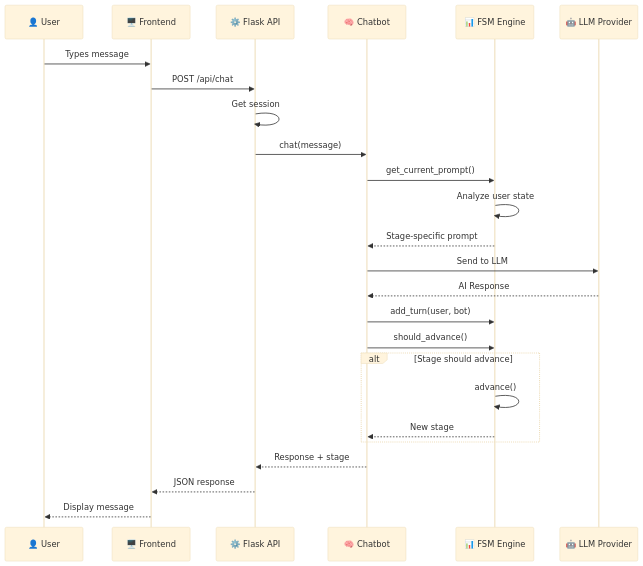
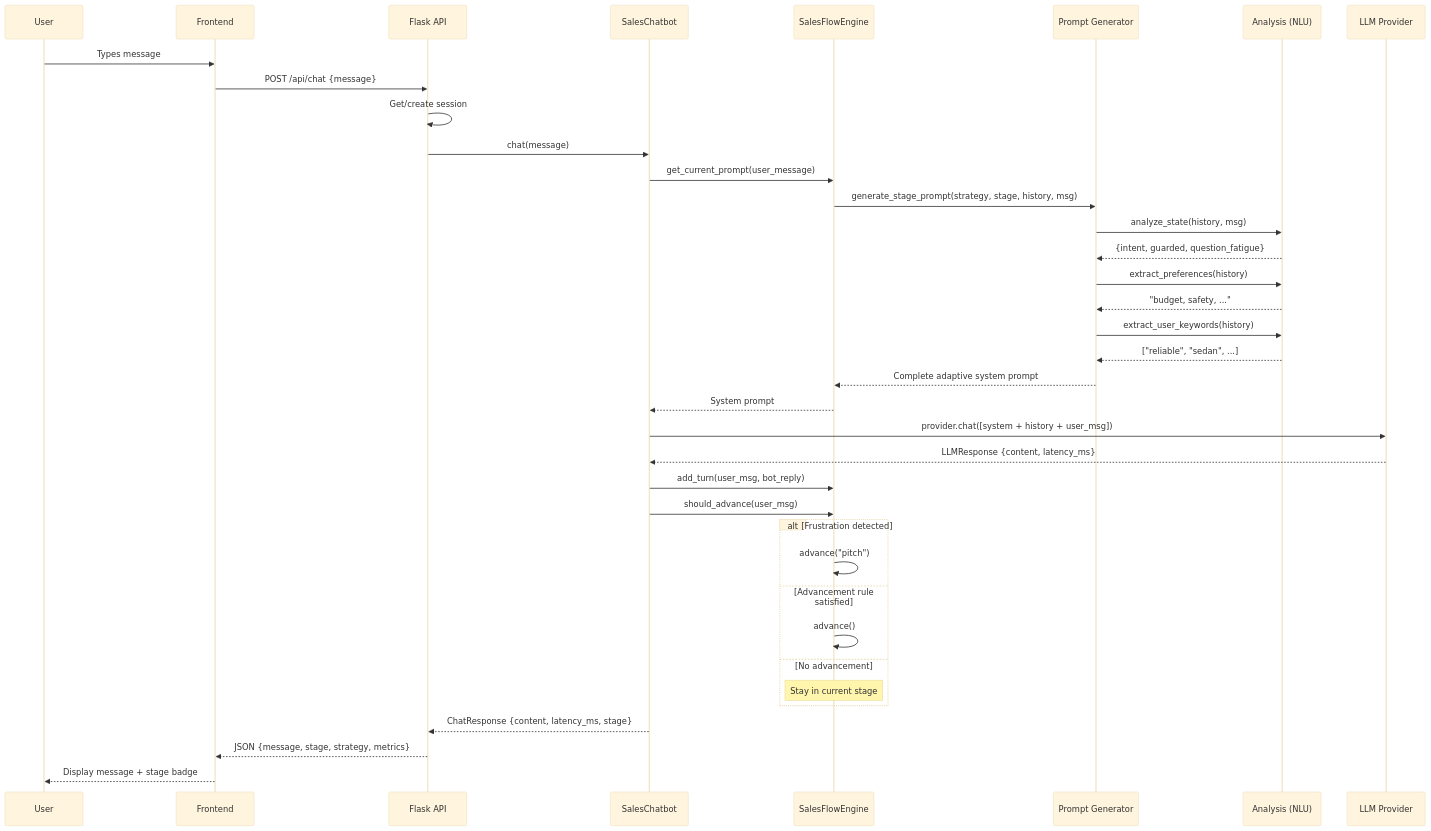
The second of 34 diagrams in architecture diagrams.md (shaf-aston/FYP-sales-training-tool), drawn with Mermaid (base theme) before and after one commit. The commit also changed other lines of this file and 76 other files, not shown here.

````diff
--- a/architecture diagrams.md
+++ b/architecture diagrams.md
@@ -74,33 +78,45 @@
 ```mermaid
 sequenceDiagram
-    participant U as 👤 User
-    participant F as 🖥️ Frontend
-    participant A as ⚙️ Flask API
-    participant C as 🧠 Chatbot
-    participant E as 📊 FSM Engine
-    participant P as 🤖 LLM Provider
+    participant U as User
+    participant F as Frontend
+    participant A as Flask API
+    participant C as SalesChatbot
+    participant E as SalesFlowEngine
+    participant P as Prompt Generator
+    participant NLU as Analysis (NLU)
+    participant L as LLM Provider
 
     U->>F: Types message
-    F->>A: POST /api/chat
-    A->>A: Get session
+    F->>A: POST /api/chat {message}
+    A->>A: Get/create session
     A->>C: chat(message)
-    
-    C->>E: get_current_prompt()
-    E->>E: Analyze user state
-    E-->>C: Stage-specific prompt
-    
-    C->>P: Send to LLM
-    P-->>C: AI Response
-    
-    C->>E: add_turn(user, bot)
-    C->>E: should_advance()
-    
-    alt Stage should advance
+
+    C->>E: get_current_prompt(user_message)
+    E->>P: generate_stage_prompt(strategy, stage, history, msg)
+    P->>NLU: analyze_state(history, msg)
+    NLU-->>P: {intent, guarded, question_fatigue}
+    P->>NLU: extract_preferences(history)
+    NLU-->>P: "budget, safety, ..."
+    P->>NLU: extract_user_keywords(history)
+    NLU-->>P: ["reliable", "sedan", ...]
+    P-->>E: Complete adaptive system prompt
+    E-->>C: System prompt
+
+    C->>L: provider.chat([system + history + user_msg])
+    L-->>C: LLMResponse {content, latency_ms}
+
+    C->>E: add_turn(user_msg, bot_reply)
+    C->>E: should_advance(user_msg)
+
+    alt Frustration detected
+        E->>E: advance("pitch")
+    else Advancement rule satisfied
         E->>E: advance()
-        E-->>C: New stage
+    else No advancement
+        Note over E: Stay in current stage
     end
-    
-    C-->>A: Response + stage
-    A-->>F: JSON response
-    F-->>U: Display message
+
+    C-->>A: ChatResponse {content, latency_ms, stage}
+    A-->>F: JSON {message, stage, strategy, metrics}
+    F-->>U: Display message + stage badge
 ```
````
